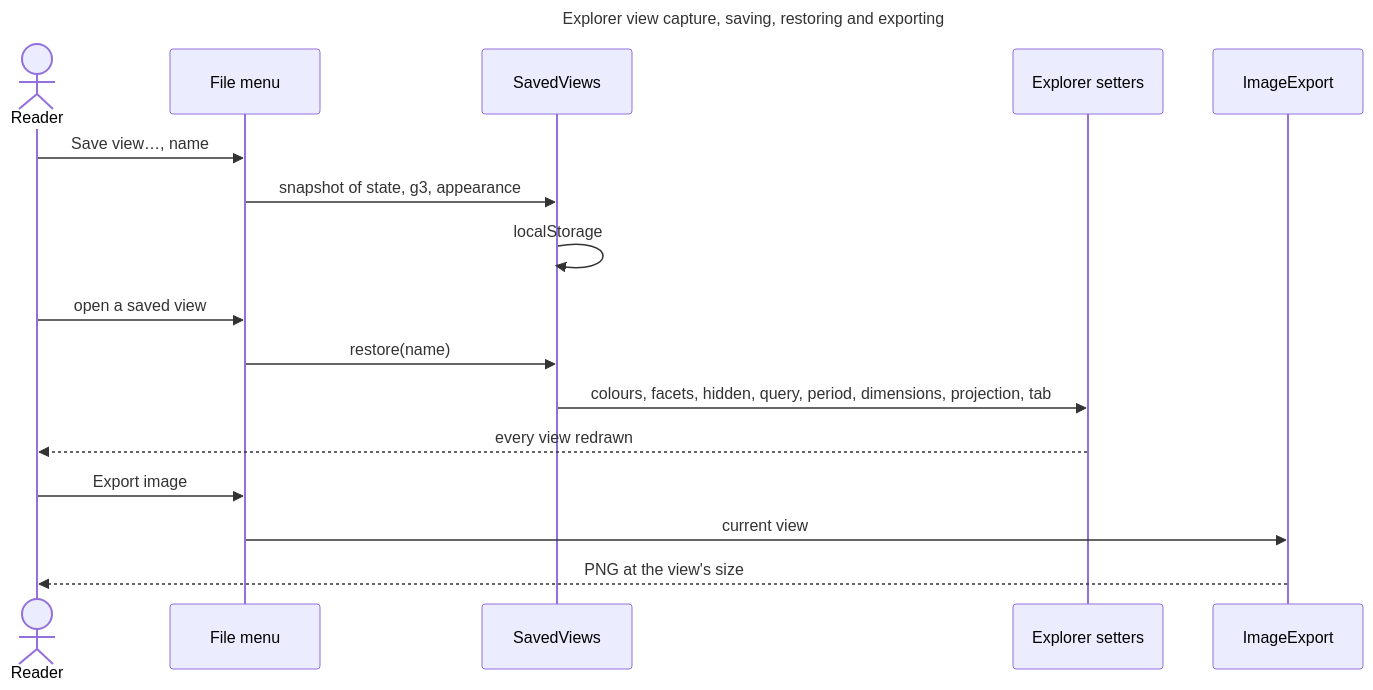
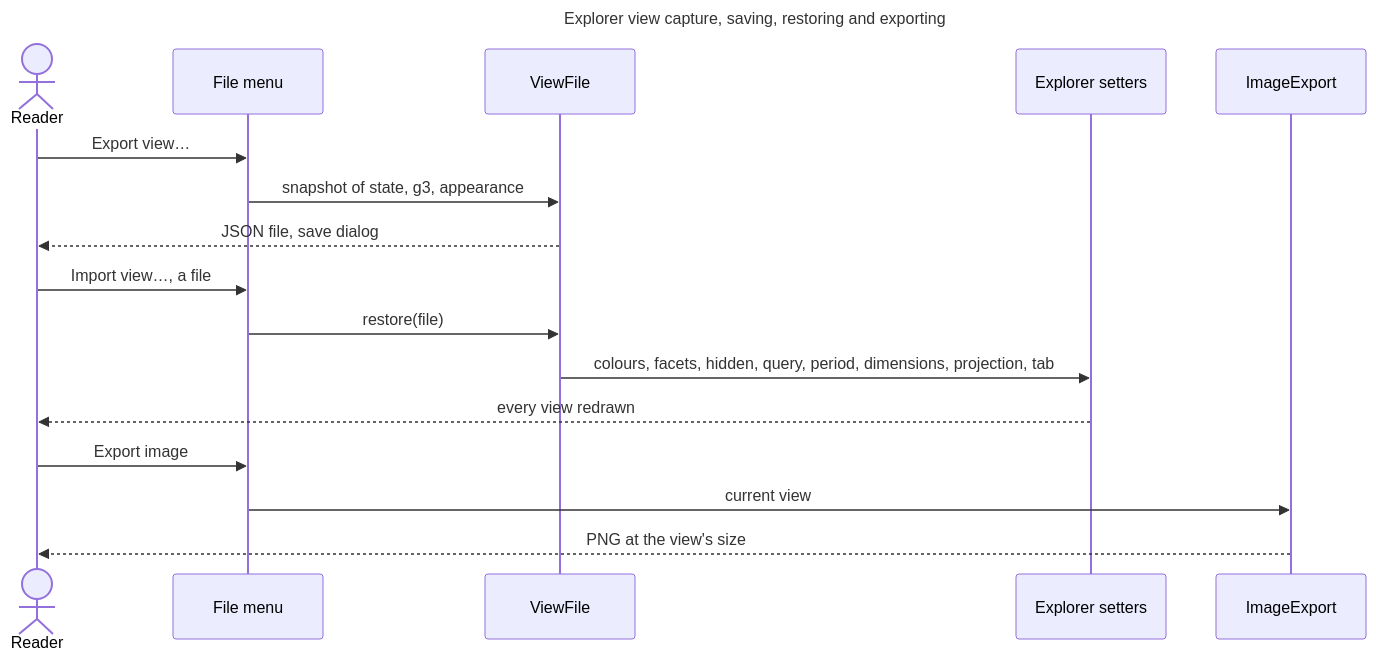
Before and after one commit to spashx/agnos: the second of 2 diagrams in agnos-process/2.architecture/ADR-GXP-004-explorer-view-capture.md, drawn with Mermaid. The commit also changed other lines of this file and 7 other files, not shown here.

Commit message:
feat(GXP): ADR-GXP-004/TASK-GXP-030 view files: Export view and Import view in the File menu replace the browser's saved views; RQ-GXP-016 and DEC-GXP-017 amended

````diff
--- a/agnos-process/2.architecture/ADR-GXP-004-explorer-view-capture.md
+++ b/agnos-process/2.architecture/ADR-GXP-004-explorer-view-capture.md
@@ -73,21 +73,21 @@
 ```mermaid
 ---
 title: Explorer view capture, saving, restoring and exporting
 ---
 sequenceDiagram
     actor Reader
     participant Menu as File menu
-    participant SV as SavedViews
+    participant VF as ViewFile
     participant S as Explorer setters
     participant IE as ImageExport
-    Reader->>Menu: Save view…, name
-    Menu->>SV: snapshot of state, g3, appearance
-    SV->>SV: localStorage
-    Reader->>Menu: open a saved view
-    Menu->>SV: restore(name)
-    SV->>S: colours, facets, hidden, query, period, dimensions, projection, tab
+    Reader->>Menu: Export view…
+    Menu->>VF: snapshot of state, g3, appearance
+    VF-->>Reader: JSON file, save dialog
+    Reader->>Menu: Import view…, a file
+    Menu->>VF: restore(file)
+    VF->>S: colours, facets, hidden, query, period, dimensions, projection, tab
     S-->>Reader: every view redrawn
     Reader->>Menu: Export image
     Menu->>IE: current view
     IE-->>Reader: PNG at the view's size
 ```
````
